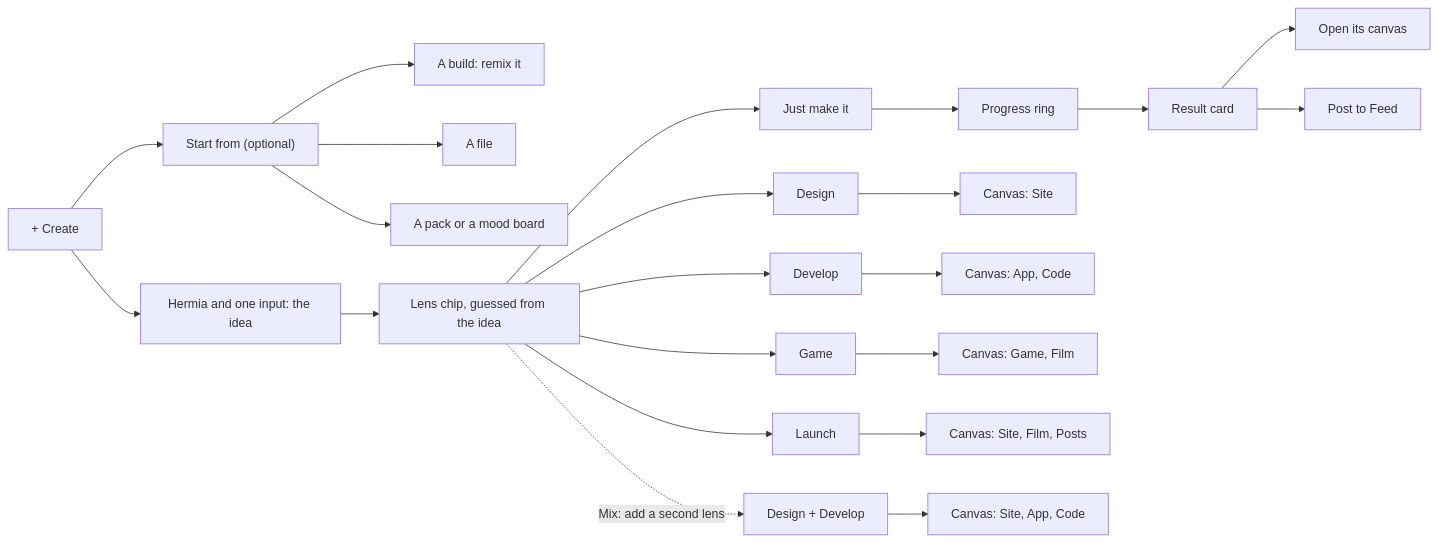
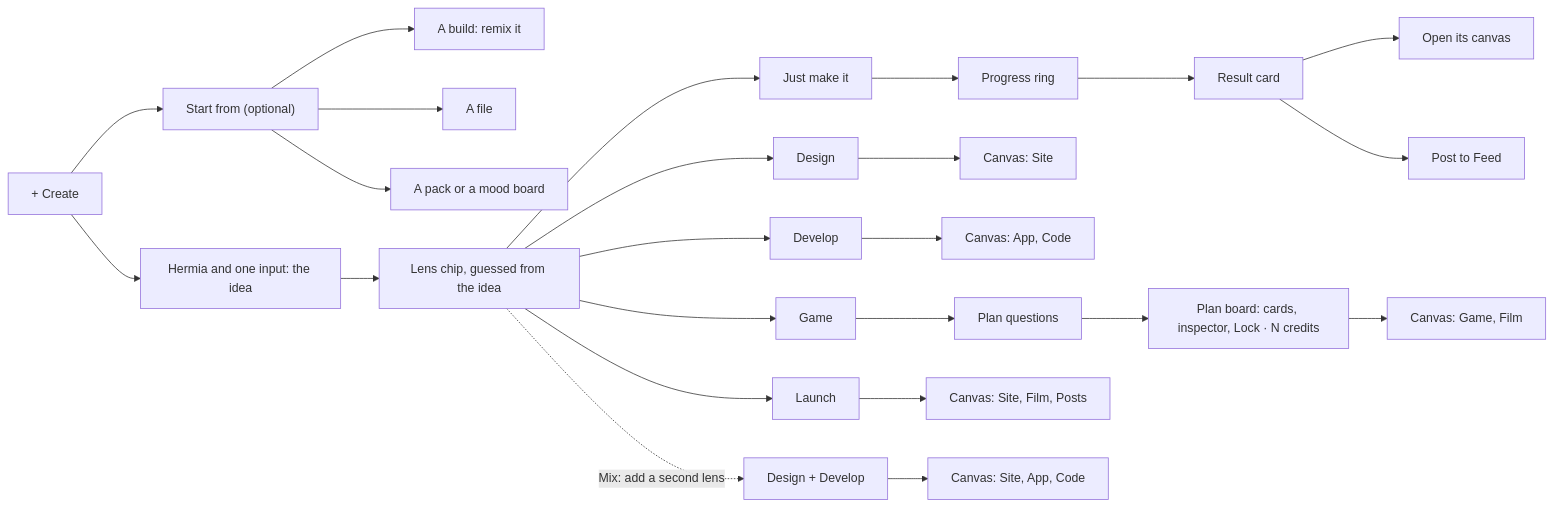
Before and after one commit to Pukujan/swarm-studio: the fifth of 25 diagrams in docs/ux/SITEMAP.md, drawn with Mermaid. The commit also changed other lines of this file and 13 other files, not shown here.

First line of the commit message:
Plan board and lock gate (spec 21, part a)

````diff
--- a/docs/ux/SITEMAP.md
+++ b/docs/ux/SITEMAP.md
@@ -146,24 +146,25 @@
 ```mermaid
 flowchart LR
   CR["+ Create"] --> IDEA["Hermia and one input: the idea"]
   CR --> SRC["Start from (optional)"]
   SRC --> S1["A build: remix it"]
   SRC --> S2[A file]
   SRC --> S3["A pack or a mood board"]
   IDEA --> LENS["Lens chip, guessed from the idea"]
   LENS --> L0[Just make it]
   LENS --> L1[Design]
   LENS --> L2[Develop]
   LENS --> L3[Game]
   LENS --> L4[Launch]
   LENS -.->|Mix: add a second lens| L5[Design + Develop]
   L0 --> PR[Progress ring]
   PR --> RC[Result card]
   RC --> RC1[Open its canvas]
   RC --> RC2[Post to Feed]
   L1 --> O1["Canvas: Site"]
   L2 --> O2["Canvas: App, Code"]
-  L3 --> O3["Canvas: Game, Film"]
+  L3 --> PQ["Plan questions"] --> PB["Plan board: cards, inspector, Lock · N credits"]
+  PB --> O3["Canvas: Game, Film"]
   L4 --> O4["Canvas: Site, Film, Posts"]
   L5 --> O5["Canvas: Site, App, Code"]
 ```
````
